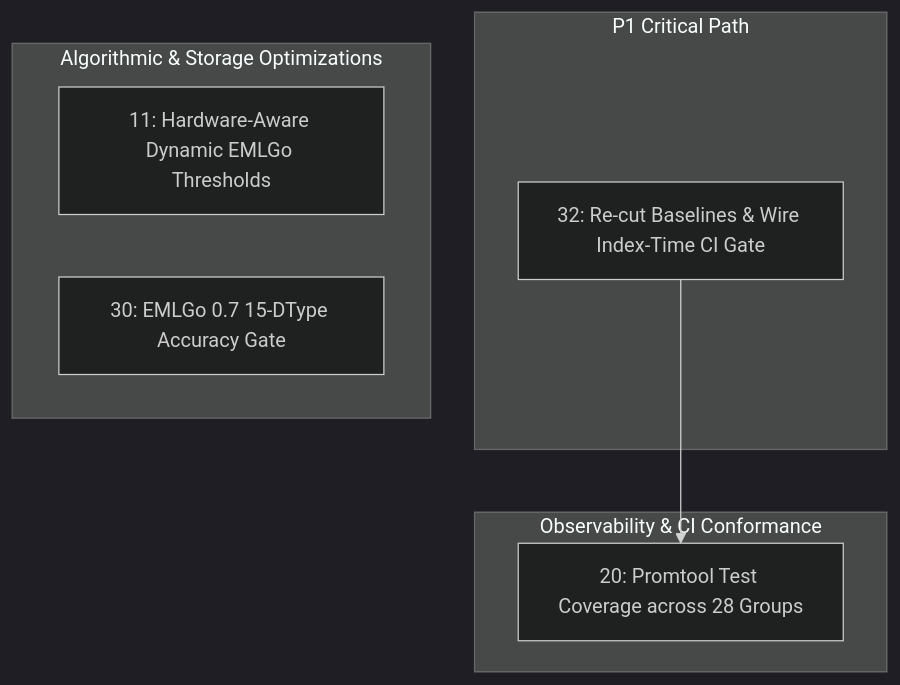
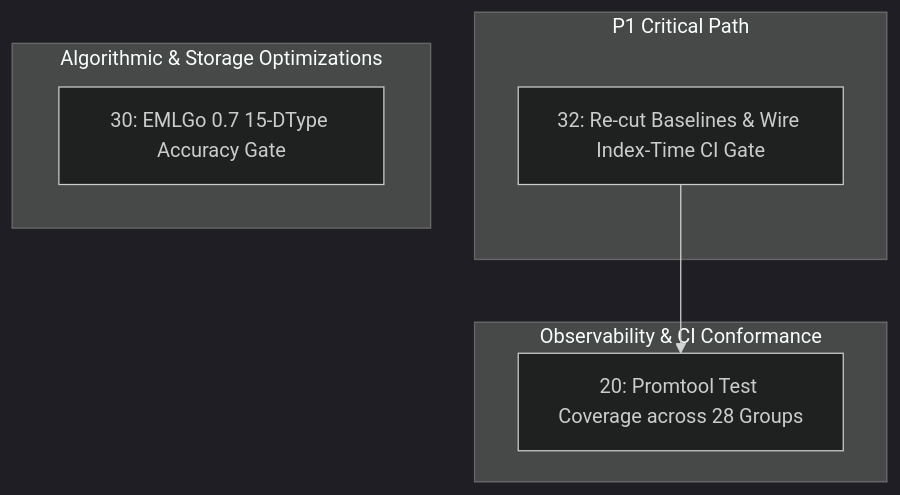
The diagram in docs/roadmap.md (23skdu/longbow), drawn with Mermaid (dark theme) before and after one commit. The commit also changed other lines of this file, not shown here.

Commit message:
docs: record completion of roadmap Item 11 (Hardware-Aware Dynamic EMLGo Thresholds)

````diff
--- a/docs/roadmap.md
+++ b/docs/roadmap.md
@@ -15,15 +15,14 @@
 ```mermaid
 graph TD
     subgraph P1["P1 Critical Path"]
         I32["32: Re-cut Baselines & Wire Index-Time CI Gate"]
     end
     subgraph P2["Algorithmic & Storage Optimizations"]
-        I11["11: Hardware-Aware Dynamic EMLGo Thresholds"]
         I30["30: EMLGo 0.7 15-DType Accuracy Gate"]
     end
     subgraph P3["Observability & CI Conformance"]
         I20["20: Promtool Test Coverage across 28 Groups"]
     end
 
     I32 --> I20
 ```
````
